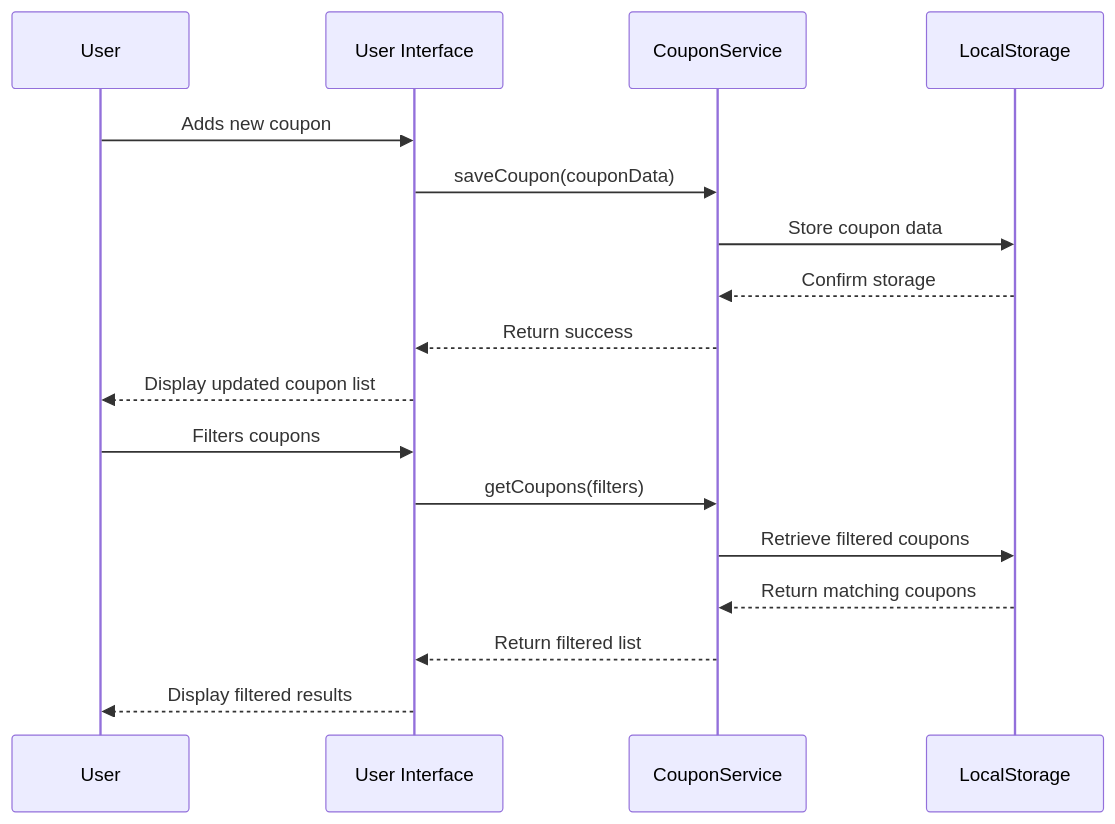
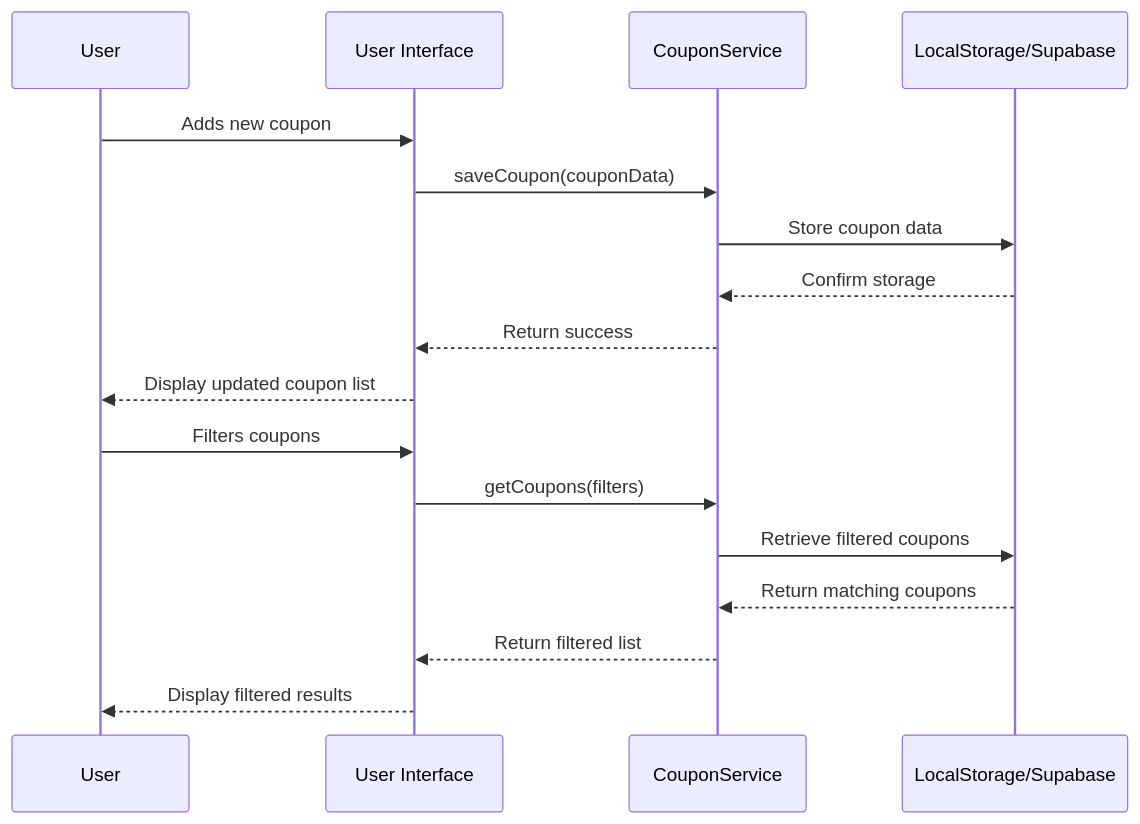
Before and after one commit to cazzoo/CouponManager: the third of 3 diagrams in docs/architecture.md, drawn with Mermaid. The commit also changed other lines of this file and 52 other files, not shown here.

````diff
--- a/docs/architecture.md
+++ b/docs/architecture.md
@@ -62,21 +81,21 @@
 ```mermaid
 sequenceDiagram
     participant User
     participant UI as User Interface
     participant CS as CouponService
-    participant LS as LocalStorage
+    participant LS as LocalStorage/Supabase
 
     User->>UI: Adds new coupon
     UI->>CS: saveCoupon(couponData)
     CS->>LS: Store coupon data
     LS-->>CS: Confirm storage
     CS-->>UI: Return success
     UI-->>User: Display updated coupon list
 
     User->>UI: Filters coupons
     UI->>CS: getCoupons(filters)
     CS->>LS: Retrieve filtered coupons
     LS-->>CS: Return matching coupons
     CS-->>UI: Return filtered list
     UI-->>User: Display filtered results
 ```
````
